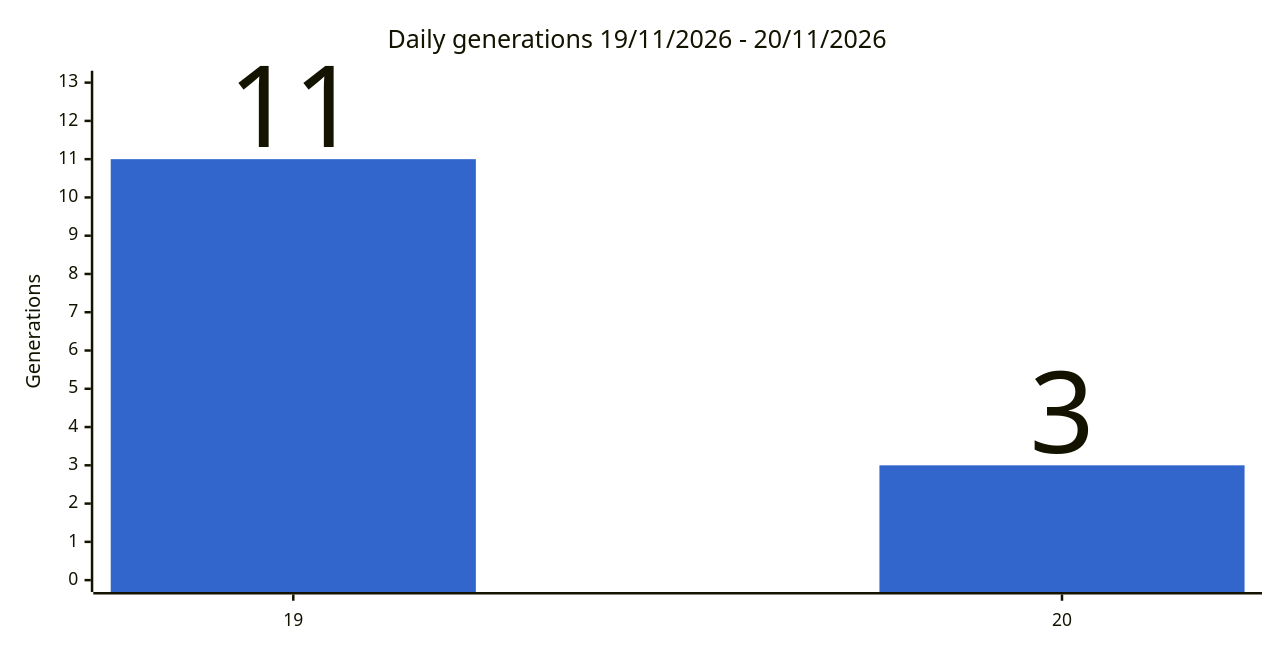
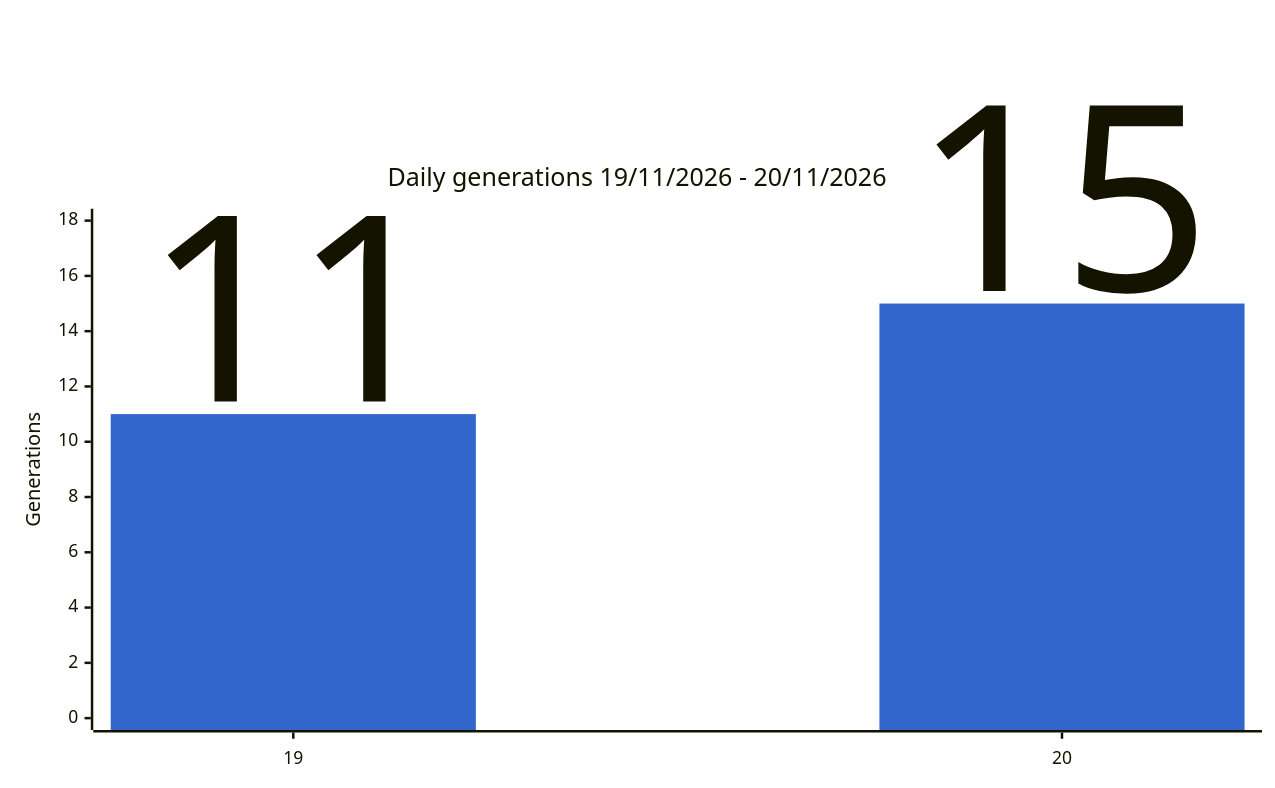
One commit to gmoulard/wikipedia2book changed the second of 4 diagrams in docs/stats.md. Above: the diagram before and after it, drawn with Mermaid. The commit also changed other lines of this file and 2 other files, not shown here.

````diff
--- a/docs/stats.md
+++ b/docs/stats.md
@@ -32,8 +32,8 @@
 ```mermaid
 %%{init: {"xyChart": {"width": 1000, "showDataLabel": true, "showDataLabelOutsideBar": true}, "themeVariables": {"xyChart": {"plotColorPalette": "#3366cc"}}}}%%
 xychart-beta
     title "Daily generations 19/11/2026 - 20/11/2026"
     x-axis ["19", "20"]
-    y-axis "Generations" 0 --> 13
-    bar [11, 3]
+    y-axis "Generations" 0 --> 18
+    bar [11, 15]
 ```
````
